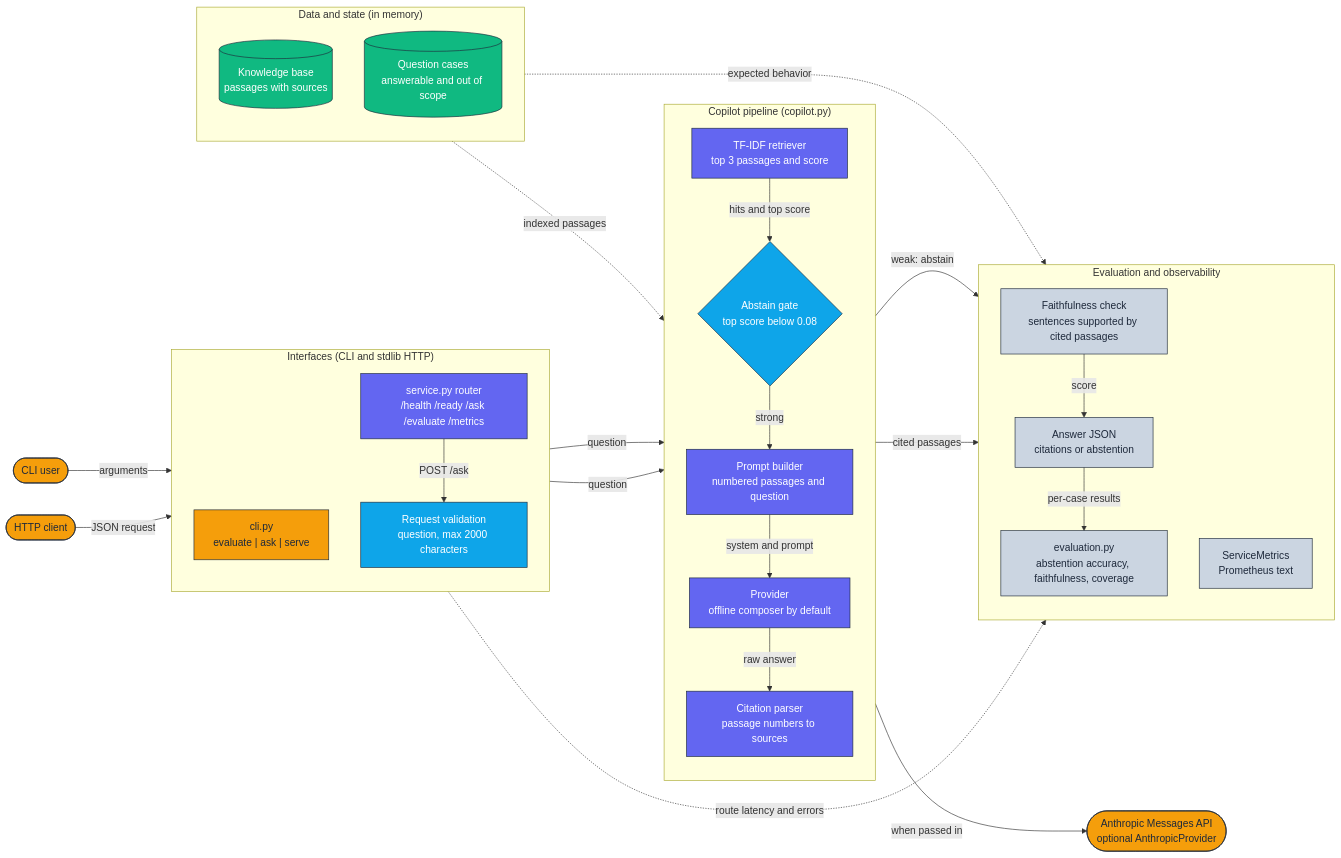
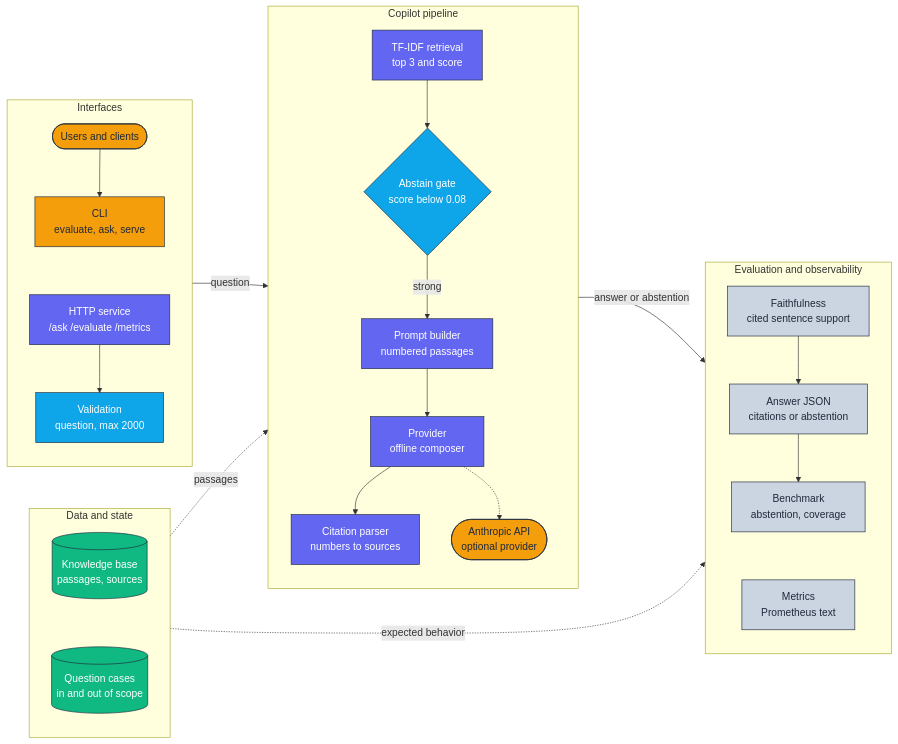
Before and after one commit to adeoluo/grounded-copilot: the diagram in docs/architecture/architecture.mmd, drawn with Mermaid. The commit also changed 1 other file, not shown here.

Commit message:
docs: compact horizontal architecture diagram

```diff
--- a/docs/architecture/architecture.mmd
+++ b/docs/architecture/architecture.mmd
@@ -1,58 +1,49 @@
 flowchart LR
     classDef edge     fill:#F59E0B,stroke:#1E293B,color:#1E293B,stroke-width:1px;
     classDef core     fill:#6366F1,stroke:#1E293B,color:#ffffff,stroke-width:1px;
     classDef data     fill:#10B981,stroke:#1E293B,color:#ffffff,stroke-width:1px;
     classDef control  fill:#0EA5E9,stroke:#1E293B,color:#ffffff,stroke-width:1px;
     classDef obs      fill:#CBD5E1,stroke:#1E293B,color:#1E293B,stroke-width:1px;
 
-    User([CLI user]):::edge
-    Client([HTTP client]):::edge
-    Claude([Anthropic Messages API<br/>optional AnthropicProvider]):::edge
-
-    subgraph Interfaces["Interfaces (CLI and stdlib HTTP)"]
+    subgraph Interfaces["Interfaces"]
         direction TB
-        CLI["cli.py<br/>evaluate | ask | serve"]:::edge
-        Router["service.py router<br/>/health /ready /ask /evaluate /metrics"]:::core
-        Validate["Request validation<br/>question, max 2000 characters"]:::control
+        Users([Users and clients]):::edge
+        CLI["CLI<br/>evaluate, ask, serve"]:::edge
+        Router["HTTP service<br/>/ask /evaluate /metrics"]:::core
+        Validate["Validation<br/>question, max 2000"]:::control
+        Users --> CLI ~~~ Router --> Validate
     end
 
-    subgraph Core["Copilot pipeline (copilot.py)"]
+    subgraph State["Data and state"]
         direction TB
-        Retrieve["TF-IDF retriever<br/>top 3 passages and score"]:::core
-        Gate{"Abstain gate<br/>top score below 0.08"}:::control
-        Prompt["Prompt builder<br/>numbered passages and question"]:::core
-        Provider["Provider<br/>offline composer by default"]:::core
-        Cite["Citation parser<br/>passage numbers to sources"]:::core
+        KB[("Knowledge base<br/>passages, sources")]:::data
+        Cases[("Question cases<br/>in and out of scope")]:::data
+        KB ~~~ Cases
     end
 
-    subgraph State["Data and state (in memory)"]
+    subgraph Core["Copilot pipeline"]
         direction TB
-        KB[("Knowledge base<br/>passages with sources")]:::data
-        Cases[("Question cases<br/>answerable and out of scope")]:::data
+        Retrieve["TF-IDF retrieval<br/>top 3 and score"]:::core
+        Gate{"Abstain gate<br/>score below 0.08"}:::control
+        Prompt["Prompt builder<br/>numbered passages"]:::core
+        Provider["Provider<br/>offline composer"]:::core
+        Claude([Anthropic API<br/>optional provider]):::edge
+        Cite["Citation parser<br/>numbers to sources"]:::core
+        Retrieve --> Gate -->|strong| Prompt --> Provider --> Cite
+        Provider -.-> Claude
     end
 
     subgraph Obs["Evaluation and observability"]
         direction TB
-        Faith["Faithfulness check<br/>sentences supported by cited passages"]:::obs
+        Faith["Faithfulness<br/>cited sentence support"]:::obs
         Answer["Answer JSON<br/>citations or abstention"]:::obs
-        Bench["evaluation.py<br/>abstention accuracy, faithfulness, coverage"]:::obs
-        Metrics["ServiceMetrics<br/>Prometheus text"]:::obs
+        Bench["Benchmark<br/>abstention, coverage"]:::obs
+        Metrics["Metrics<br/>Prometheus text"]:::obs
+        Faith --> Answer --> Bench
+        Bench ~~~ Metrics
     end
 
-    User -->|arguments| CLI
-    Client -->|JSON request| Router
-    Router -->|POST /ask| Validate
-    Validate -->|question| Retrieve
-    CLI -->|question| Retrieve
-    KB -.->|indexed passages| Retrieve
-    Retrieve -->|hits and top score| Gate
-    Gate -->|weak: abstain| Answer
-    Gate -->|strong| Prompt
-    Prompt -->|system and prompt| Provider
-    Provider -->|when passed in| Claude
-    Provider -->|raw answer| Cite
-    Cite -->|cited passages| Faith
-    Faith -->|score| Answer
-    Cases -.->|expected behavior| Bench
-    Answer -->|per-case results| Bench
-    Router -.->|route latency and errors| Metrics
+    Interfaces -->|question| Core
+    State -.->|passages| Core
+    Core -->|answer or abstention| Obs
+    State -.->|expected behavior| Obs
```
